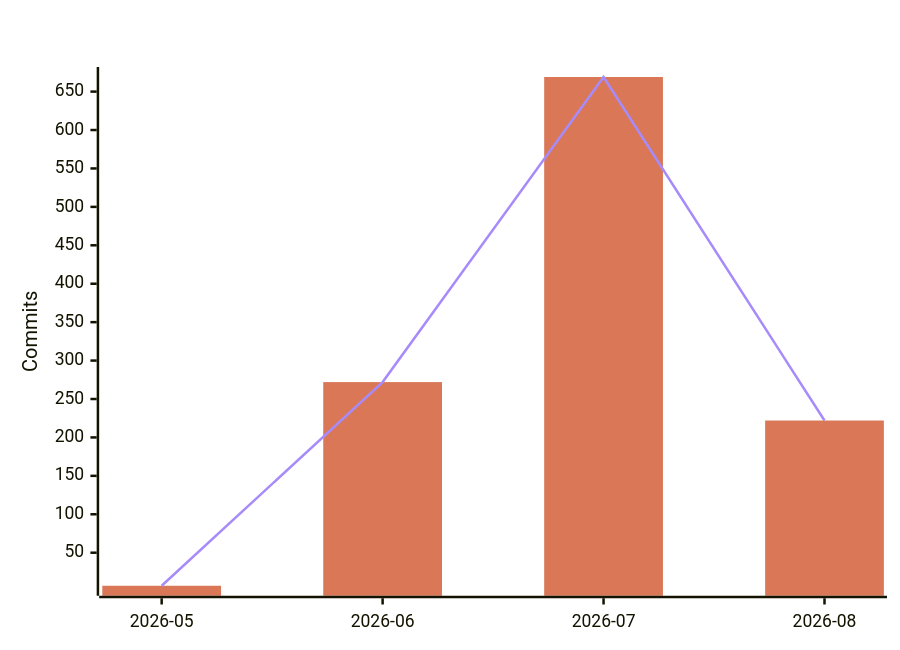
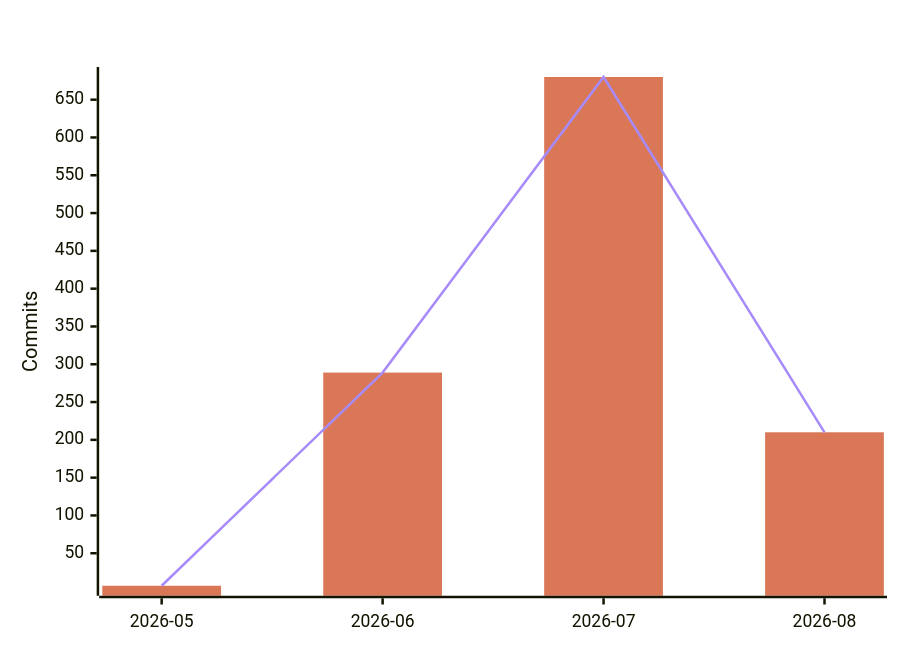
One commit to polo-nyan/polo-nyan changed the fourth of 7 diagrams in README.md. Above: the diagram before and after it, drawn with Mermaid. The commit also changed other lines of this file and 1 other file, not shown here.

````diff
--- a/README.md
+++ b/README.md
@@ -294,9 +294,9 @@
 ```mermaid
 %%{init: {"xyChart": {"titleColor": "#ffffff", "xAxisLabelColor": "#ffffff", "yAxisLabelColor": "#ffffff"}, "themeVariables": {"xyChart": {"titleColor": "#ffffff", "plotColorPalette": "#d97757, #a78bfa"}}}}%%
 xychart-beta
     title "AI-Assisted Commits Per Month"
     x-axis ["2026-05", "2026-06", "2026-07", "2026-08"]
     y-axis "Commits"
-    bar [7, 272, 669, 222]
-    line [7, 272, 669, 222]
+    bar [7, 289, 680, 210]
+    line [7, 289, 680, 210]
 ```
````
